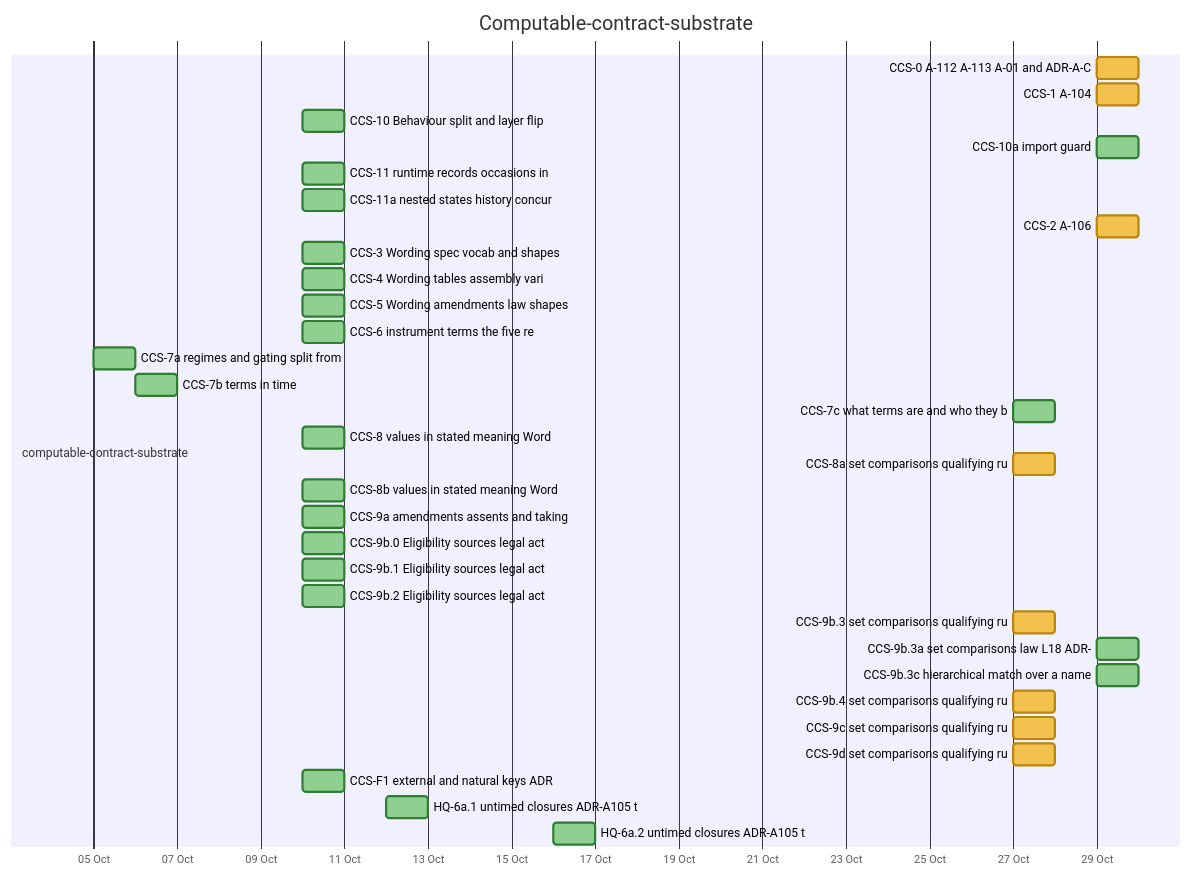
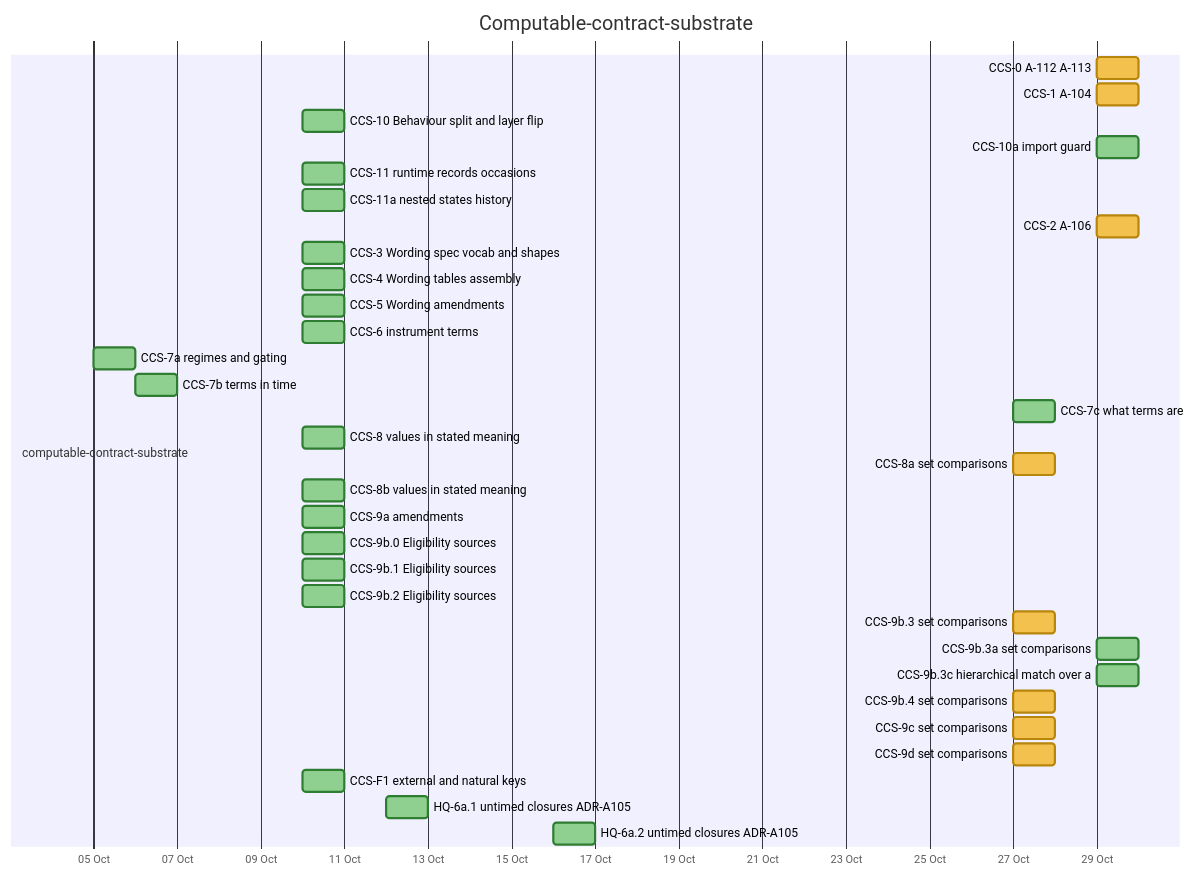
Before and after one commit to nebularis/lattice: the sixth of 26 diagrams in docs/developer/ROADMAP.md, drawn with Mermaid. The commit also changed other lines of this file and 126 other files, not shown here.

````diff
--- a/docs/developer/ROADMAP.md
+++ b/docs/developer/ROADMAP.md
@@ -226,38 +227,38 @@
 ```mermaid
 %%{init: {"themeVariables": {"taskBkgColor": "#f2c14e", "taskBorderColor": "#b8860b", "taskTextColor": "#000000", "activeTaskBkgColor": "#4e9af1", "activeTaskBorderColor": "#1f5fbf", "activeTaskBorderColor": "#1f5fbf", "doneTaskBkgColor": "#8fcf8f", "doneTaskBorderColor": "#2f7d32", "critBkgColor": "#f28b82", "critBorderColor": "#b23a30", "taskTextDarkColor": "#000000", "taskTextLightColor": "#000000"}}}%%
 gantt
     title Computable-contract-substrate
     dateFormat YYYY-MM-DD
     axisFormat %d %b
     section computable-contract-substrate
-    CCS-0 A-112 A-113 A-01 and ADR-A-C :ccs0, 2026-10-29, 2026-10-30
+    CCS-0 A-112 A-113 :ccs0, 2026-10-29, 2026-10-30
     CCS-1 A-104 :ccs1, 2026-10-29, 2026-10-30
     CCS-10 Behaviour split and layer flip :done, ccs10, 2026-10-10, 2026-10-11
     CCS-10a import guard :done, ccs10a, 2026-10-29, 2026-10-30
-    CCS-11 runtime records occasions in :done, ccs11, 2026-10-10, 2026-10-11
-    CCS-11a nested states history concur :done, ccs11a, 2026-10-10, 2026-10-11
+    CCS-11 runtime records occasions :done, ccs11, 2026-10-10, 2026-10-11
+    CCS-11a nested states history :done, ccs11a, 2026-10-10, 2026-10-11
     CCS-2 A-106 :ccs2, 2026-10-29, 2026-10-30
     CCS-3 Wording spec vocab and shapes :done, ccs3, 2026-10-10, 2026-10-11
-    CCS-4 Wording tables assembly vari :done, ccs4, 2026-10-10, 2026-10-11
-    CCS-5 Wording amendments law shapes :done, ccs5, 2026-10-10, 2026-10-11
-    CCS-6 instrument terms the five re :done, ccs6, 2026-10-10, 2026-10-11
-    CCS-7a regimes and gating split from :done, ccs7a, 2026-10-05, 2026-10-06
+    CCS-4 Wording tables assembly :done, ccs4, 2026-10-10, 2026-10-11
+    CCS-5 Wording amendments :done, ccs5, 2026-10-10, 2026-10-11
+    CCS-6 instrument terms :done, ccs6, 2026-10-10, 2026-10-11
+    CCS-7a regimes and gating :done, ccs7a, 2026-10-05, 2026-10-06
     CCS-7b terms in time :done, ccs7b, 2026-10-06, 2026-10-07
-    CCS-7c what terms are and who they b :done, ccs7c, 2026-10-27, 2026-10-28
-    CCS-8 values in stated meaning Word :done, ccs8, 2026-10-10, 2026-10-11
-    CCS-8a set comparisons qualifying ru :ccs8a, 2026-10-27, 2026-10-28
-    CCS-8b values in stated meaning Word :done, ccs8b, 2026-10-10, 2026-10-11
-    CCS-9a amendments assents and taking :done, ccs9a, 2026-10-10, 2026-10-11
-    CCS-9b.0 Eligibility sources legal act :done, ccs9b0, 2026-10-10, 2026-10-11
-    CCS-9b.1 Eligibility sources legal act :done, ccs9b1, 2026-10-10, 2026-10-11
-    CCS-9b.2 Eligibility sources legal act :done, ccs9b2, 2026-10-10, 2026-10-11
-    CCS-9b.3 set comparisons qualifying ru :ccs9b3, 2026-10-27, 2026-10-28
-    CCS-9b.3a set comparisons law L18 ADR- :done, ccs9b3a, 2026-10-29, 2026-10-30
-    CCS-9b.3c hierarchical match over a name :done, ccs9b3c, 2026-10-29, 2026-10-30
-    CCS-9b.4 set comparisons qualifying ru :ccs9b4, 2026-10-27, 2026-10-28
-    CCS-9c set comparisons qualifying ru :ccs9c, 2026-10-27, 2026-10-28
-    CCS-9d set comparisons qualifying ru :ccs9d, 2026-10-27, 2026-10-28
-    CCS-F1 external and natural keys ADR :done, ccsf1, 2026-10-10, 2026-10-11
-    HQ-6a.1 untimed closures ADR-A105 t :done, hq6a1, 2026-10-12, 2026-10-13
-    HQ-6a.2 untimed closures ADR-A105 t :done, hq6a2, 2026-10-16, 2026-10-17
+    CCS-7c what terms are :done, ccs7c, 2026-10-27, 2026-10-28
+    CCS-8 values in stated meaning :done, ccs8, 2026-10-10, 2026-10-11
+    CCS-8a set comparisons :ccs8a, 2026-10-27, 2026-10-28
+    CCS-8b values in stated meaning :done, ccs8b, 2026-10-10, 2026-10-11
+    CCS-9a amendments :done, ccs9a, 2026-10-10, 2026-10-11
+    CCS-9b.0 Eligibility sources :done, ccs9b0, 2026-10-10, 2026-10-11
+    CCS-9b.1 Eligibility sources :done, ccs9b1, 2026-10-10, 2026-10-11
+    CCS-9b.2 Eligibility sources :done, ccs9b2, 2026-10-10, 2026-10-11
+    CCS-9b.3 set comparisons :ccs9b3, 2026-10-27, 2026-10-28
+    CCS-9b.3a set comparisons :done, ccs9b3a, 2026-10-29, 2026-10-30
+    CCS-9b.3c hierarchical match over a :done, ccs9b3c, 2026-10-29, 2026-10-30
+    CCS-9b.4 set comparisons :ccs9b4, 2026-10-27, 2026-10-28
+    CCS-9c set comparisons :ccs9c, 2026-10-27, 2026-10-28
+    CCS-9d set comparisons :ccs9d, 2026-10-27, 2026-10-28
+    CCS-F1 external and natural keys :done, ccsf1, 2026-10-10, 2026-10-11
+    HQ-6a.1 untimed closures ADR-A105 :done, hq6a1, 2026-10-12, 2026-10-13
+    HQ-6a.2 untimed closures ADR-A105 :done, hq6a2, 2026-10-16, 2026-10-17
 ```
````
